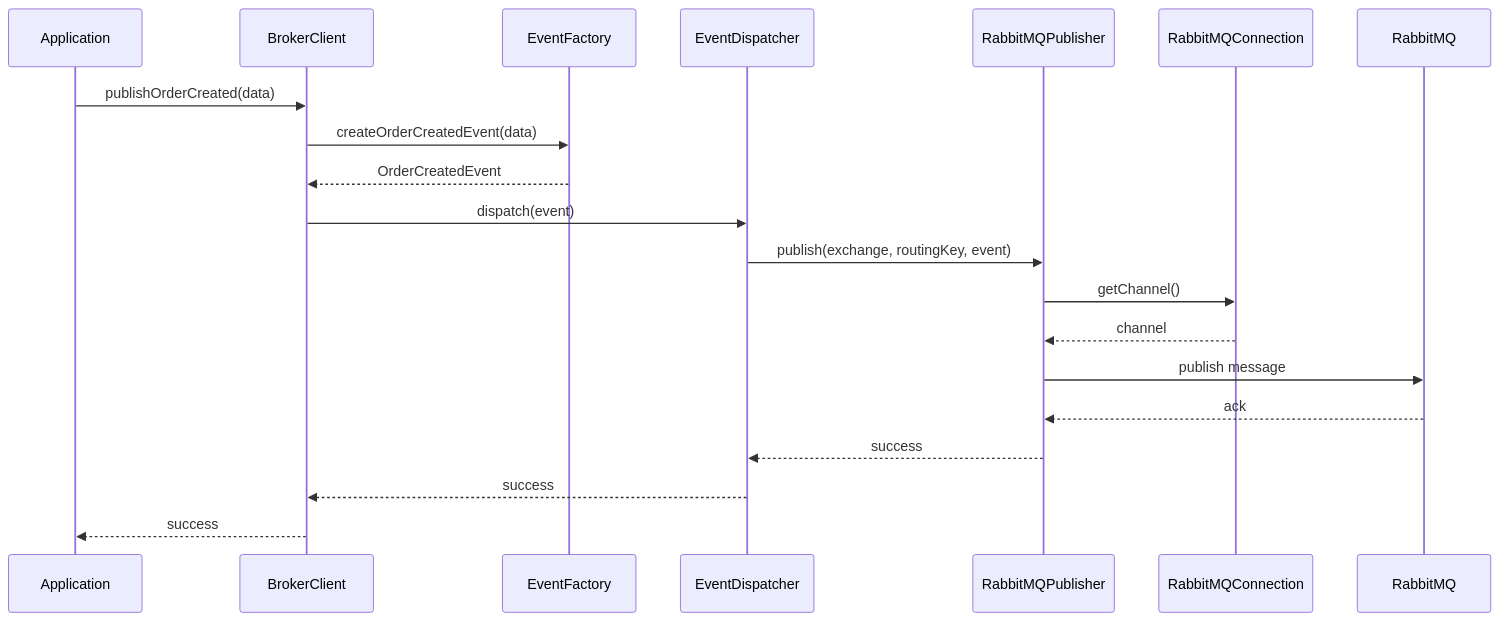
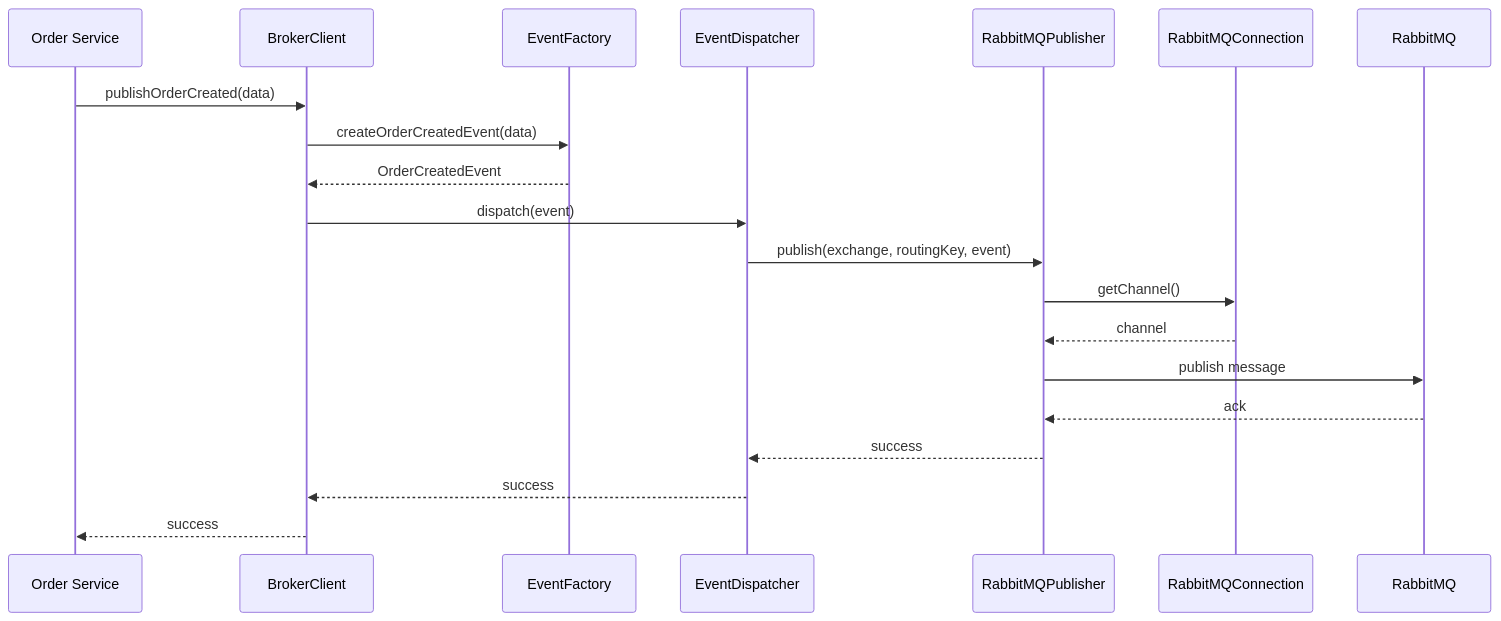
One commit to alextavella/distributed-system changed the first of 3 diagrams in docs/architecture/PROJECT_STRUCTURE.md. Above: the diagram before and after it, drawn with Mermaid. The commit also changed other lines of this file and 1 other file, not shown here.

First line of the commit message:
docs: update project documentation for new microservices architecture

````diff
--- a/docs/architecture/PROJECT_STRUCTURE.md
+++ b/docs/architecture/PROJECT_STRUCTURE.md
@@ -135,23 +171,23 @@
 ```mermaid
 sequenceDiagram
-    participant App as Application
+    participant OS as Order Service
     participant BC as BrokerClient
     participant EF as EventFactory
     participant ED as EventDispatcher
     participant REP as RabbitMQPublisher
     participant RMC as RabbitMQConnection
     participant RMQ as RabbitMQ
 
-    App->>BC: publishOrderCreated(data)
+    OS->>BC: publishOrderCreated(data)
     BC->>EF: createOrderCreatedEvent(data)
     EF-->>BC: OrderCreatedEvent
     BC->>ED: dispatch(event)
     ED->>REP: publish(exchange, routingKey, event)
     REP->>RMC: getChannel()
     RMC-->>REP: channel
     REP->>RMQ: publish message
     RMQ-->>REP: ack
     REP-->>ED: success
     ED-->>BC: success
-    BC-->>App: success
+    BC-->>OS: success
 ```
````
